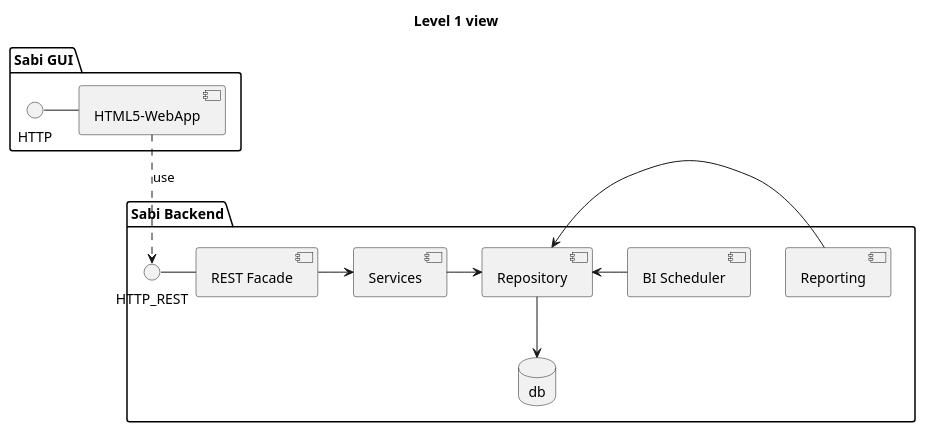
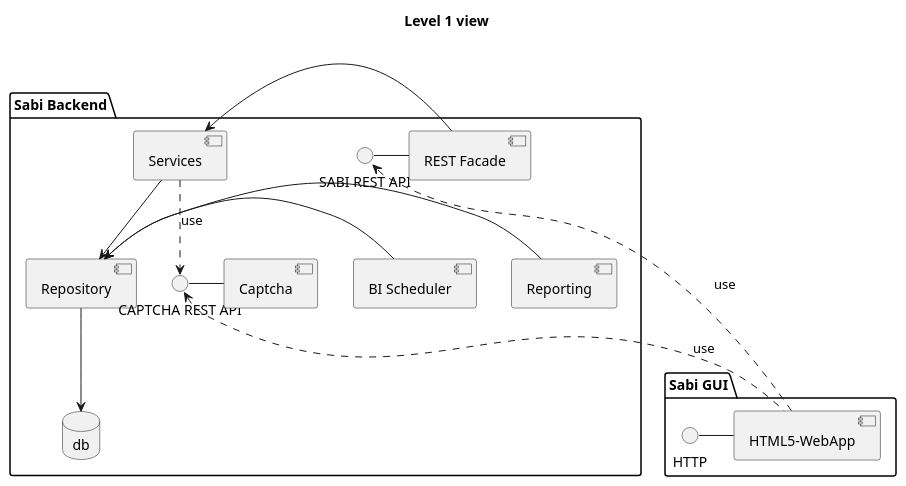
Before and after one commit to StefanSchubert/sabi: the diagram in sabi-parent/sabi-server/UML/5.1_BuildingBlockView/Comp_Level1_Sabi.puml, drawn with PlantUML. The commit also changed 5 other files, not shown here.

Commit message:
Maintained architectural views

```diff
--- a/sabi-parent/sabi-server/UML/5.1_BuildingBlockView/Comp_Level1_Sabi.puml
+++ b/sabi-parent/sabi-server/UML/5.1_BuildingBlockView/Comp_Level1_Sabi.puml
@@ -1,27 +1,33 @@
 @startuml
 
 skinparam monochrome true
 skinparam componentStyle uml2
 
 package "Sabi GUI" {
 HTTP - [HTML5-WebApp]
 }
 
 package "Sabi Backend" {
 title Level 1 view
-interface HTTP_REST as rest
+interface "SABI REST API" as rest
 database db
 [HTML5-WebApp] ..> rest : use
 rest - [REST Facade]
 [REST Facade] -> [Services]
 [Repository] --> db
 
 together {
-[Services] -> [Repository]
+[Services] --> [Repository]
 [Reporting] -> [Repository]
 [BI Scheduler] -> [Repository]
 }
 
+interface "CAPTCHA REST API" as rest2
+rest2 - [Captcha]
+
+[Services] ..> rest2 : use
+rest2 <.. [HTML5-WebApp] : use
+
 }
 
 @enduml
```
